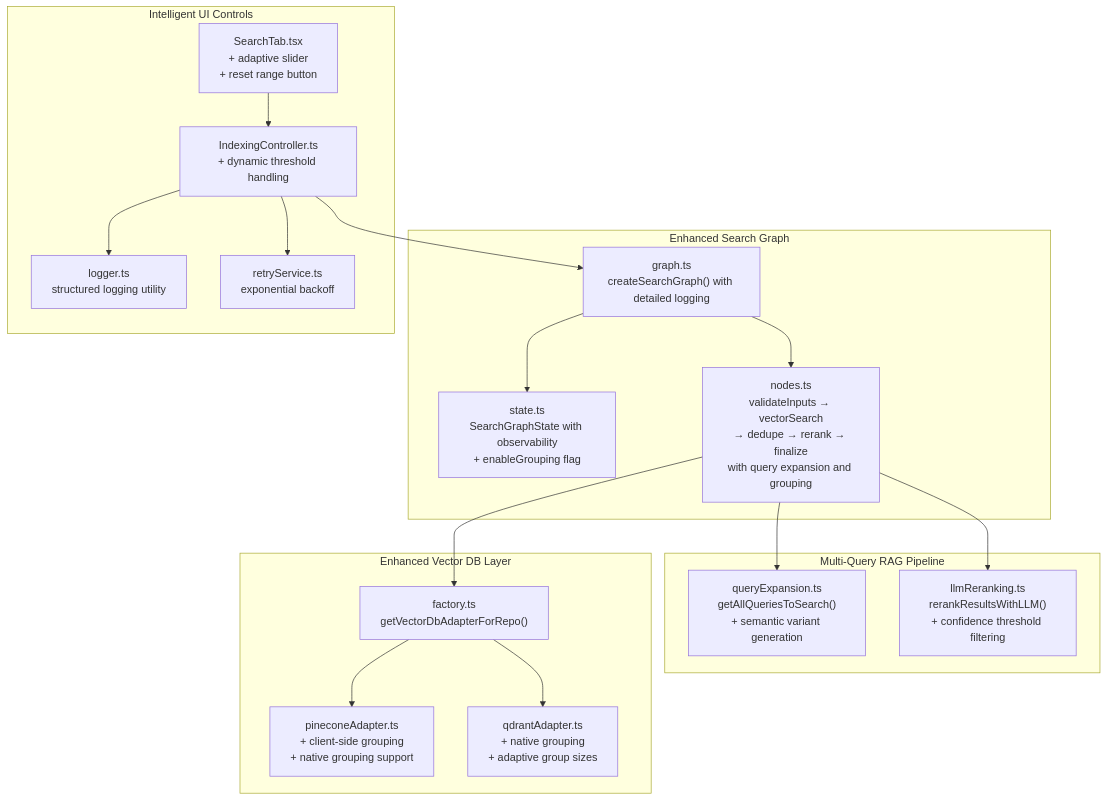
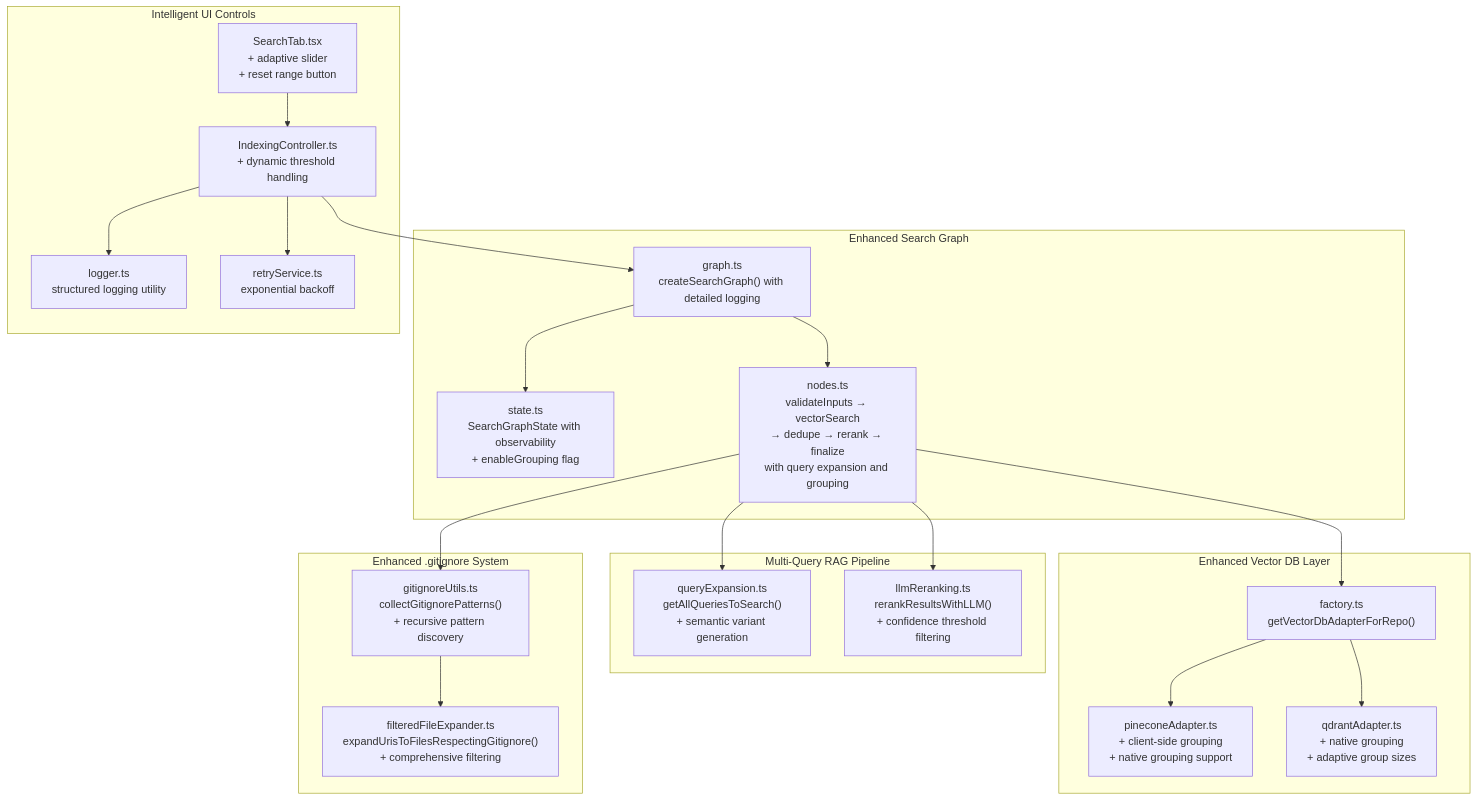
One commit to bramburn/repomix-runner changed the first of 7 diagrams in .qoder/repowiki/en/content/Indexing and Search System/Semantic Search Algorithms.md. Above: the diagram before and after it, drawn with Mermaid. The commit also changed other lines of this file and 41 other files, not shown here.

````diff
--- a/.qoder/repowiki/en/content/Indexing and Search System/Semantic Search Algorithms.md
+++ b/.qoder/repowiki/en/content/Indexing and Search System/Semantic Search Algorithms.md
@@ -64,34 +70,40 @@
 ```mermaid
 graph TB
 subgraph "Enhanced Search Graph"
 SG["graph.ts<br/>createSearchGraph() with detailed logging"]
 ST["state.ts<br/>SearchGraphState with observability<br/>+ enableGrouping flag"]
 ND["nodes.ts<br/>validateInputs → vectorSearch<br/>→ dedupe → rerank → finalize<br/>with query expansion and grouping"]
 end
 subgraph "Multi-Query RAG Pipeline"
 QE["queryExpansion.ts<br/>getAllQueriesToSearch()<br/>+ semantic variant generation"]
 LR["llmReranking.ts<br/>rerankResultsWithLLM()<br/>+ confidence threshold filtering"]
 end
 subgraph "Enhanced Vector DB Layer"
 VF["factory.ts<br/>getVectorDbAdapterForRepo()"]
 PC["pineconeAdapter.ts<br/>+ client-side grouping<br/>+ native grouping support"]
 QD["qdrantAdapter.ts<br/>+ native grouping<br/>+ adaptive group sizes"]
 end
+subgraph "Enhanced .gitignore System"
+GI["gitignoreUtils.ts<br/>collectGitignorePatterns()<br/>+ recursive pattern discovery"]
+FFE["filteredFileExpander.ts<br/>expandUrisToFilesRespectingGitignore()<br/>+ comprehensive filtering"]
+end
 subgraph "Intelligent UI Controls"
 IC["IndexingController.ts<br/>+ dynamic threshold handling"]
 STab["SearchTab.tsx<br/>+ adaptive slider<br/>+ reset range button"]
 LG["logger.ts<br/>structured logging utility"]
 RS["retryService.ts<br/>exponential backoff"]
 end
 SG --> ST
 SG --> ND
 ND --> QE
 ND --> LR
 ND --> VF
 VF --> PC
 VF --> QD
+ND --> GI
+GI --> FFE
 IC --> SG
 IC --> LG
 IC --> RS
 STab --> IC
 ```
````
